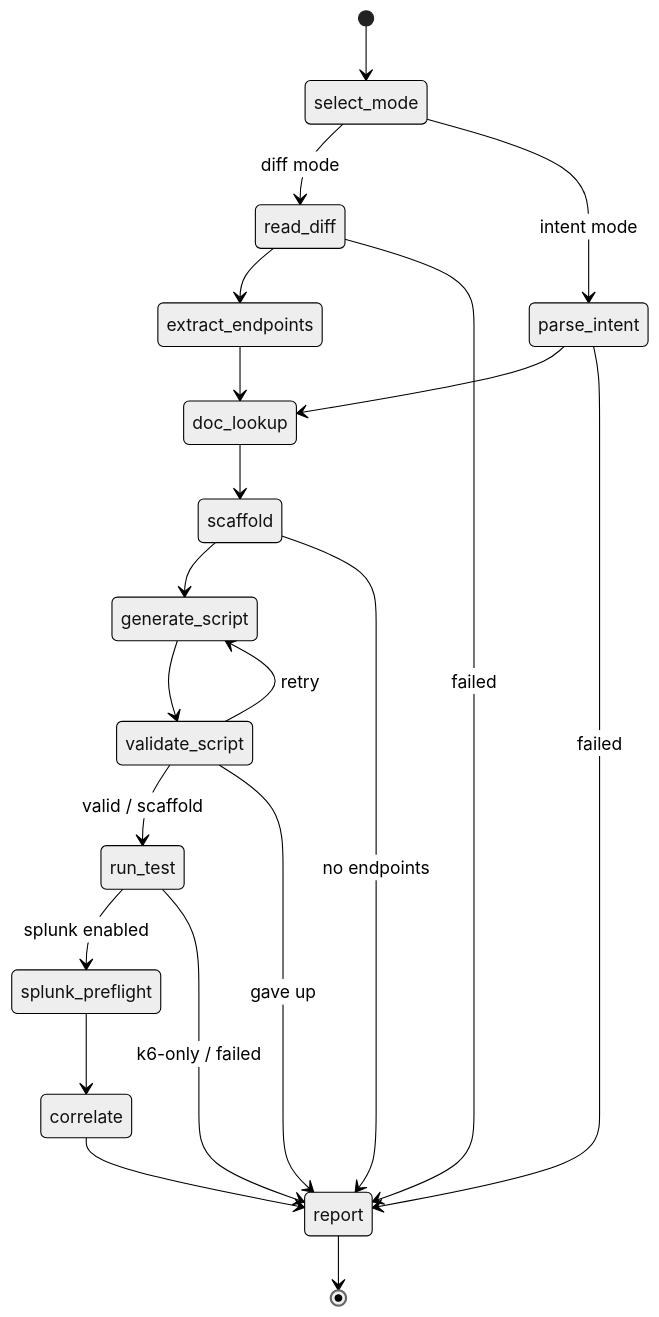
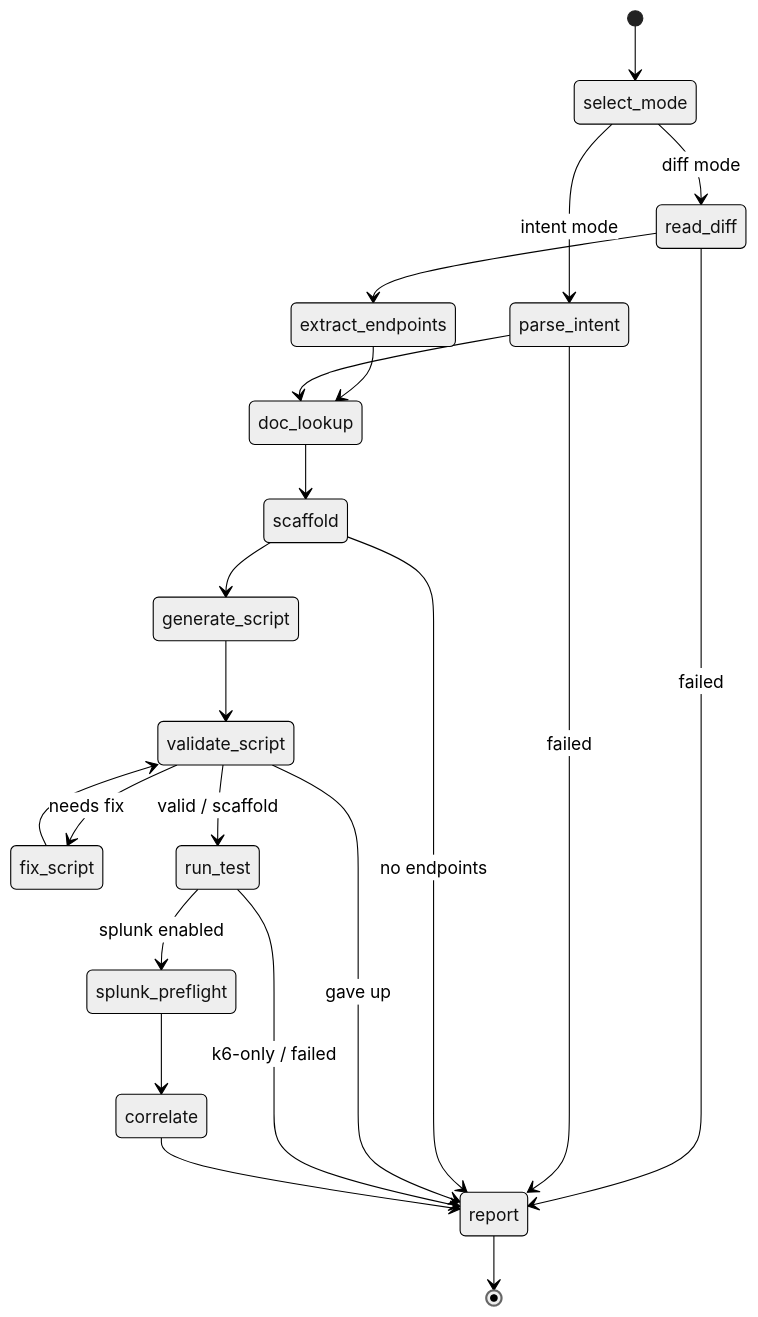
The diagram in README.md (msradam/kassi), drawn with Mermaid (neutral theme) before and after one commit. The commit also changed other lines of this file and 12 other files, not shown here.

````diff
--- a/README.md
+++ b/README.md
@@ -144,23 +144,24 @@
 ```mermaid
 stateDiagram-v2
     [*] --> select_mode
     select_mode --> read_diff: diff mode
     select_mode --> parse_intent: intent mode
     read_diff --> extract_endpoints
     read_diff --> report: failed
     extract_endpoints --> doc_lookup
     parse_intent --> doc_lookup
     parse_intent --> report: failed
     doc_lookup --> scaffold
     scaffold --> generate_script
     scaffold --> report: no endpoints
     generate_script --> validate_script
-    validate_script --> generate_script: retry
+    validate_script --> fix_script: needs fix
+    fix_script --> validate_script
     validate_script --> run_test: valid / scaffold
     validate_script --> report: gave up
     run_test --> splunk_preflight: splunk enabled
     run_test --> report: k6-only / failed
     splunk_preflight --> correlate
     correlate --> report
     report --> [*]
 ```
````
